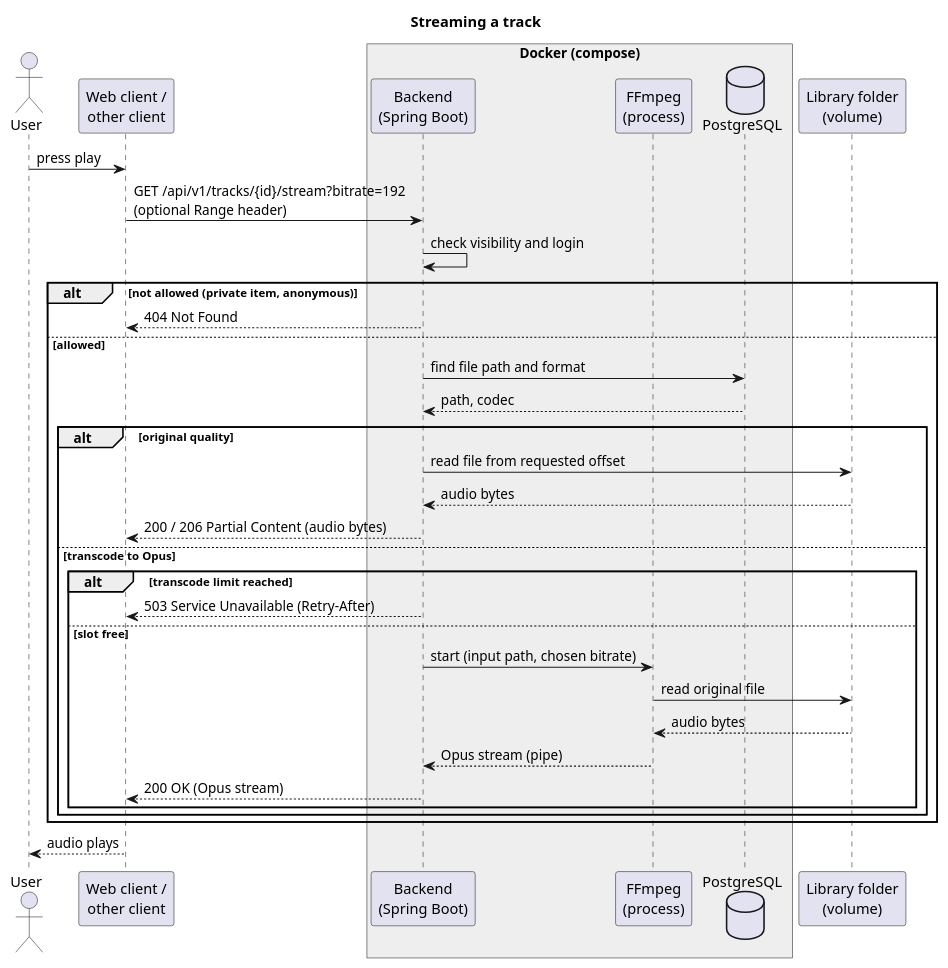
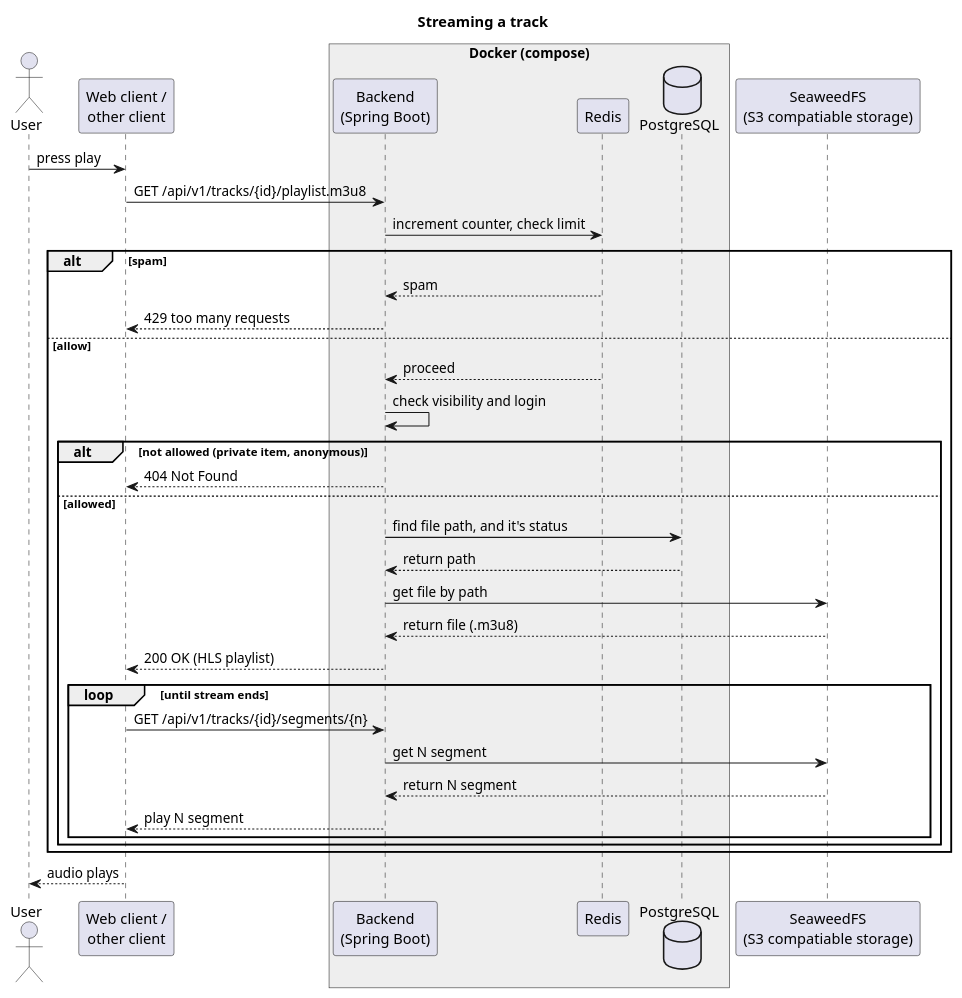
Before and after one commit to CapitanMurasa/impulse-streaming: the diagram in docs/graphs/graph-stream.puml, drawn with PlantUML.

```diff
--- a/docs/graphs/graph-stream.puml
+++ b/docs/graphs/graph-stream.puml
@@ -1,40 +1,41 @@
 @startuml
 title Streaming a track
 
 actor User as user
 participant "Web client /\nother client" as client
 box "Docker (compose)" #EEEEEE
   participant "Backend\n(Spring Boot)" as api
-  participant "FFmpeg\n(process)" as ffmpeg
+  participant "Redis" as redis
   database "PostgreSQL" as db
 end box
-participant "Library folder\n(volume)" as storage
+participant "SeaweedFS\n(S3 compatiable storage)" as storage
 
 user -> client : press play
-client -> api : GET /api/v1/tracks/{id}/stream?bitrate=192\n(optional Range header)
-api -> api : check visibility and login
+client -> api : GET /api/v1/tracks/{id}/playlist.m3u8
+api -> redis: increment counter, check limit
+alt spam
+   redis-->api: spam
+   api--> client: 429 too many requests
+else allow
+   redis --> api: proceed
+   api -> api : check visibility and login
 
 alt not allowed (private item, anonymous)
   api --> client : 404 Not Found
 else allowed
-  api -> db : find file path and format
-  db --> api : path, codec
-  alt original quality
-    api -> storage : read file from requested offset
-    storage --> api : audio bytes
-    api --> client : 200 / 206 Partial Content (audio bytes)
-  else transcode to Opus
-    alt transcode limit reached
-      api --> client : 503 Service Unavailable (Retry-After)
-    else slot free
-      api -> ffmpeg : start (input path, chosen bitrate)
-      ffmpeg -> storage : read original file
-      storage --> ffmpeg : audio bytes
-      ffmpeg --> api : Opus stream (pipe)
-      api --> client : 200 OK (Opus stream)
-    end
-  end
+  api -> db : find file path, and it's status
+  db --> api : return path
+  api -> storage : get file by path
+  storage --> api : return file (.m3u8)
+  api --> client : 200 OK (HLS playlist)
+loop until stream ends
+  client -> api: GET /api/v1/tracks/{id}/segments/{n}
+  api -> storage: get N segment
+  storage --> api: return N segment
+  api --> client: play N segment
+end
+end
 end
 
 client --> user : audio plays
 @enduml
```
